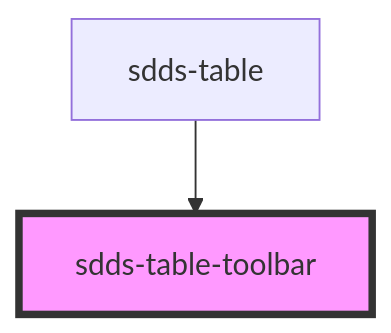
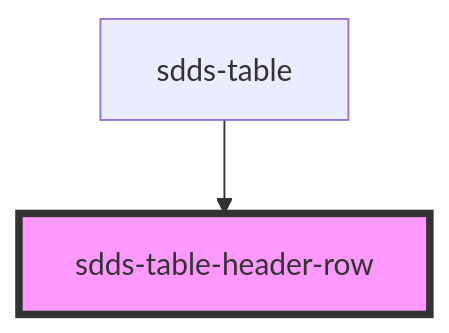
One commit to scania-digital-design-system/sdds changed the diagram in components/src/components/table/readme.md. Above: the diagram before and after it, drawn with Mermaid. The commit also changed 8 other files, not shown here.

Commit message:
feat: table toolbar as separate component

````diff
--- a/components/src/components/table/readme.md
+++ b/components/src/components/table/readme.md
@@ -13,5 +13,5 @@
 ```mermaid
 graph TD;
-  sdds-table --> sdds-table-toolbar
-  style sdds-table-toolbar fill:#f9f,stroke:#333,stroke-width:4px
+  sdds-table --> sdds-table-header-row
+  style sdds-table-header-row fill:#f9f,stroke:#333,stroke-width:4px
 ```
````
